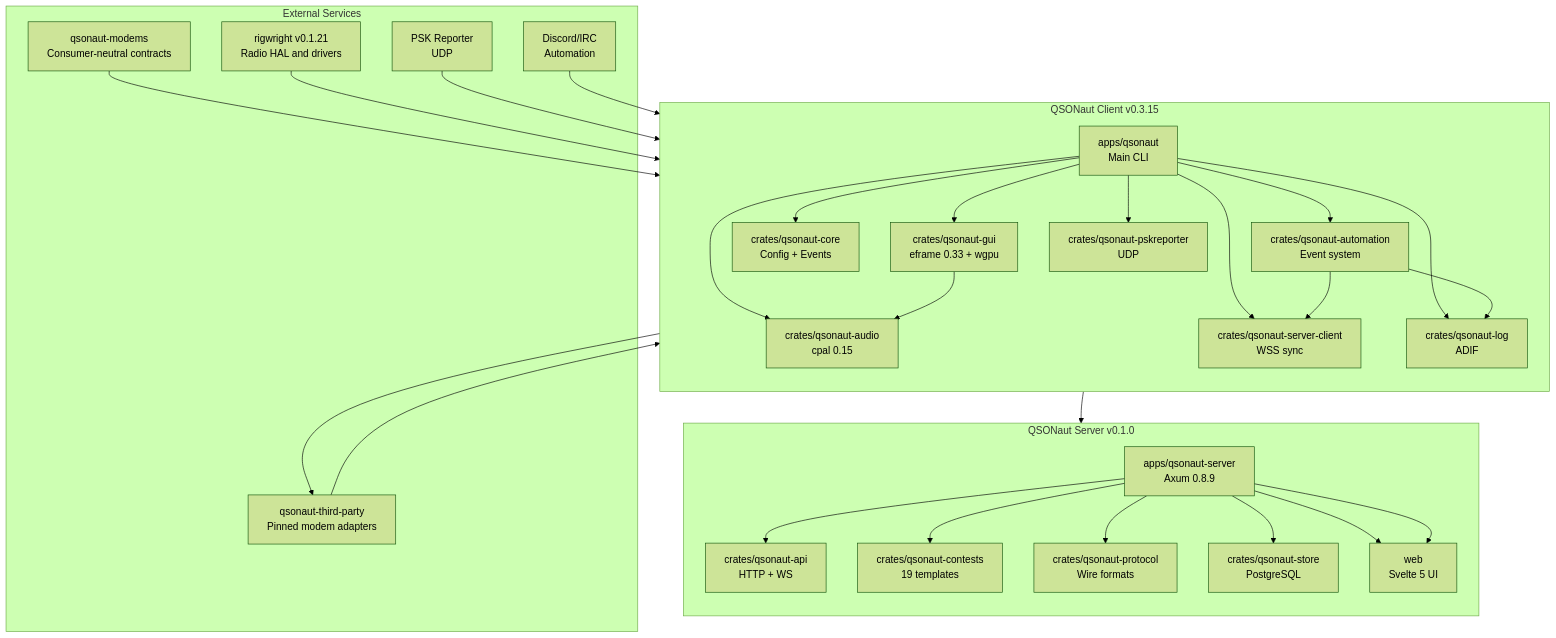
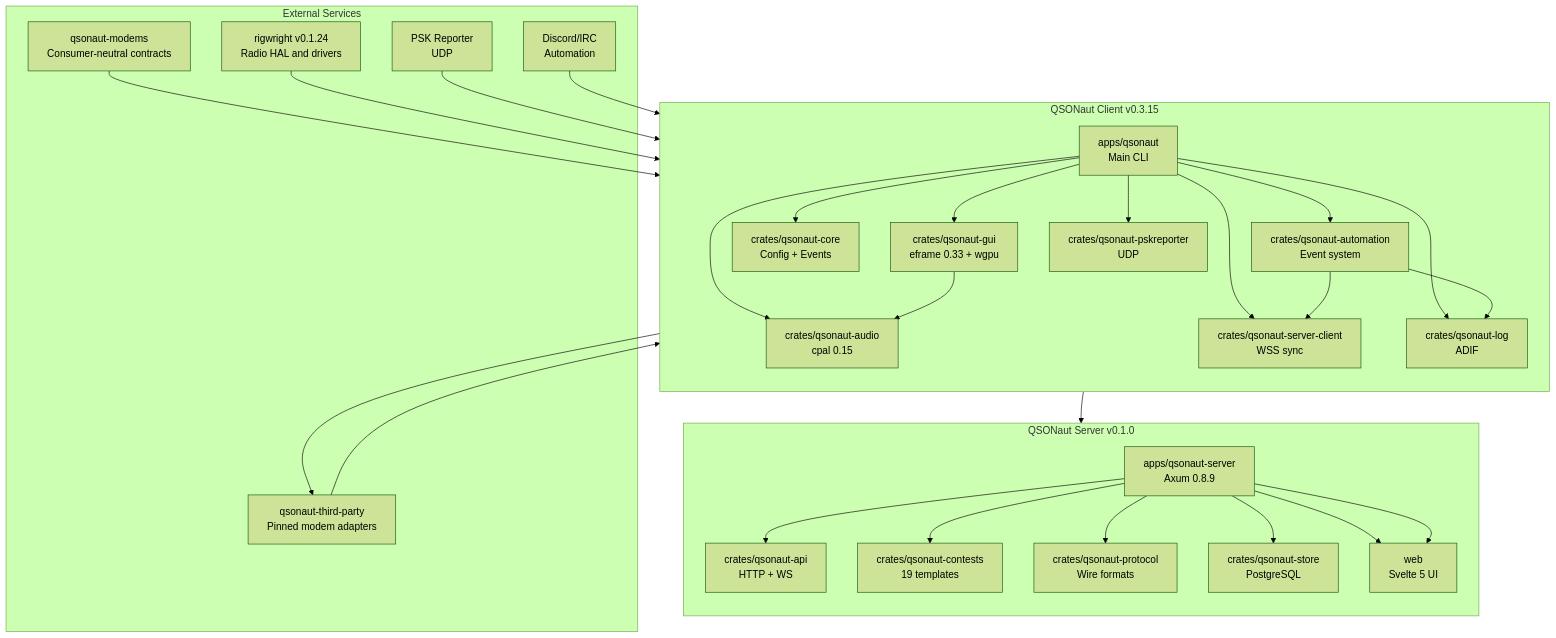
Before and after one commit to nicksbar/QSONaut: the first of 6 diagrams in docs/ARCHITECTURE.md, drawn with Mermaid (forest theme). The commit also changed other lines of this file and 18 other files, not shown here.

````diff
--- a/docs/ARCHITECTURE.md
+++ b/docs/ARCHITECTURE.md
@@ -5,45 +5,45 @@
 ```mermaid
 graph TB
     subgraph QSONaut_Client["QSONaut Client v0.3.15"]
         direction TB
         A[apps/qsonaut<br/>Main CLI]
         A --> B[crates/qsonaut-gui<br/>eframe 0.33 + wgpu]
         A --> C[crates/qsonaut-core<br/>Config + Events]
         A --> F[crates/qsonaut-audio<br/>cpal 0.15]
         A --> G[crates/qsonaut-automation<br/>Event system]
         A --> H[crates/qsonaut-server-client<br/>WSS sync]
         A --> I[crates/qsonaut-log<br/>ADIF]
         A --> J[crates/qsonaut-pskreporter<br/>UDP]
         
         B --> F
         G --> H
         G --> I
     end
     
     subgraph QSONaut_Server["QSONaut Server v0.1.0"]
         direction TB
         K[apps/qsonaut-server<br/>Axum 0.8.9]
         K --> L[crates/qsonaut-api<br/>HTTP + WS]
         K --> M[crates/qsonaut-contests<br/>19 templates]
         K --> N[crates/qsonaut-protocol<br/>Wire formats]
         K --> O[crates/qsonaut-store<br/>PostgreSQL]
         K --> P[web<br/>Svelte 5 UI]
     end
     
     subgraph External["External Services"]
         Q[qsonaut-third-party<br/>Pinned modem adapters]
         U[qsonaut-modems<br/>Consumer-neutral contracts]
-        R[rigwright v0.1.21<br/>Radio HAL and drivers]
+        R[rigwright v0.1.24<br/>Radio HAL and drivers]
         S[PSK Reporter<br/>UDP]
         T[Discord/IRC<br/>Automation]
     end
     
     Q --> B
     U --> B
     F --> Q
     R --> A
     S --> I
     T --> G
     H --> K
     K --> P
 ```
````
